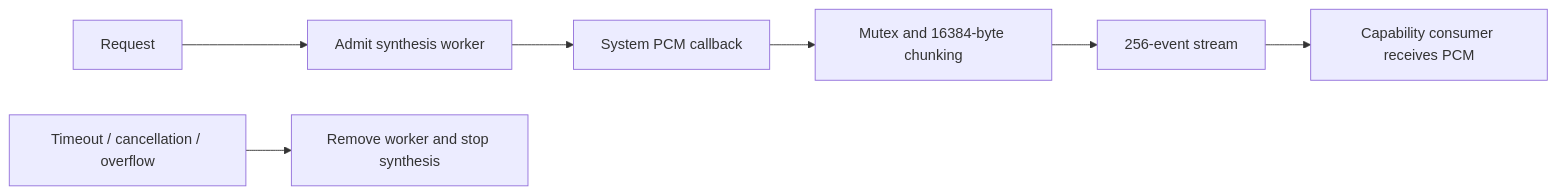
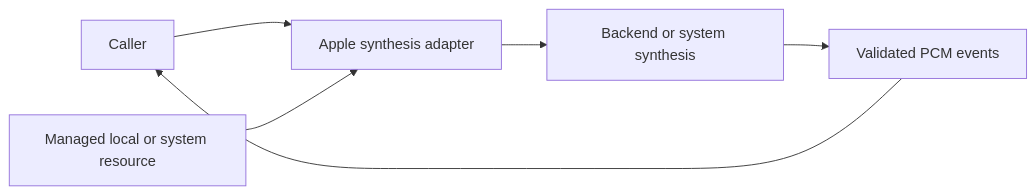
Before and after one commit to devilyouwei/MobileHarness: the diagram in MobileHarness/ModelKit/Speech/TTS/Apple/README.md, drawn with Mermaid. The commit also changed other lines of this file and 116 other files, not shown here.

````diff
--- a/MobileHarness/ModelKit/Speech/TTS/Apple/README.md
+++ b/MobileHarness/ModelKit/Speech/TTS/Apple/README.md
@@ -11,9 +15,8 @@
 ```mermaid
 flowchart LR
-    Request --> Worker[Admit synthesis worker]
-    Worker --> Callback[System PCM callback]
-    Callback --> Chunks[Mutex and 16384-byte chunking]
-    Chunks --> Buffer[256-event stream]
-    Buffer --> Consumer[Capability consumer receives PCM]
-    End[Timeout / cancellation / overflow] --> Stop[Remove worker and stop synthesis]
+ Caller --> Adapter[Apple synthesis adapter]
+ Resource[Managed local or system resource] --> Adapter
+ Adapter --> Native[Backend or system synthesis]
+ Native --> PCM[Validated PCM events]
+ PCM --> Caller
 ```
````
